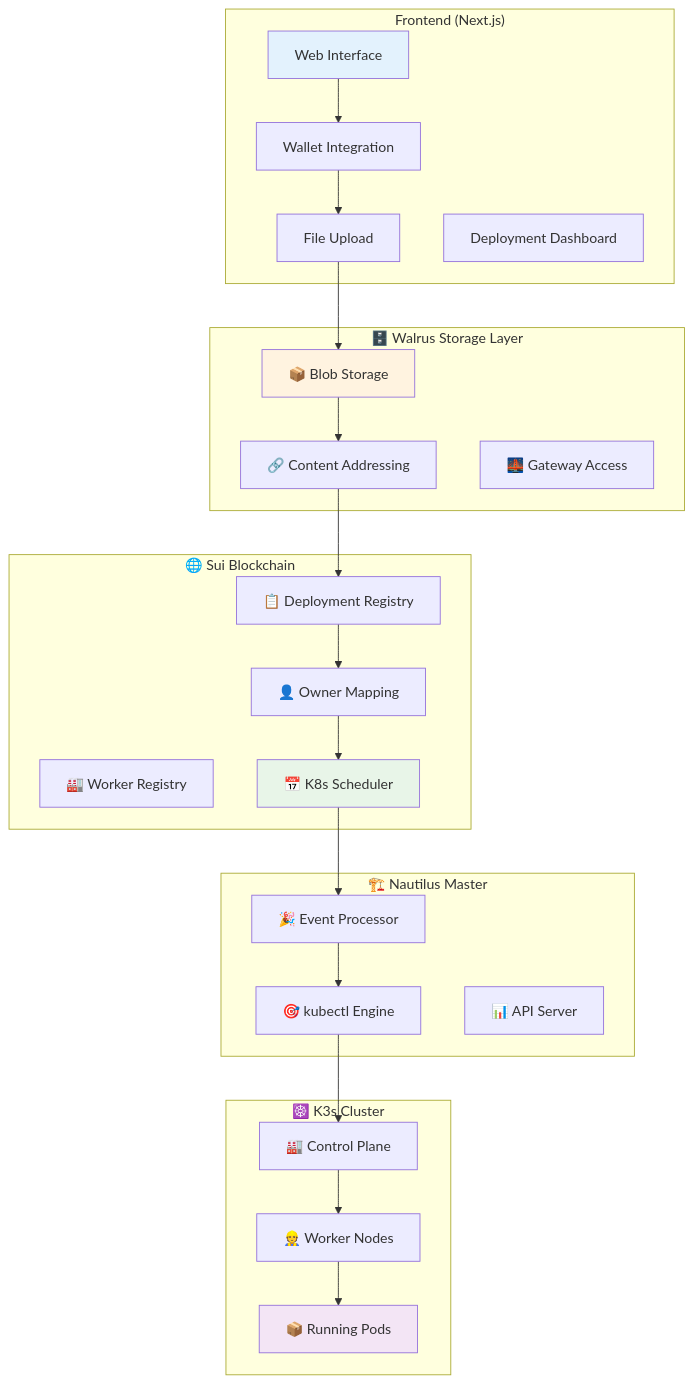
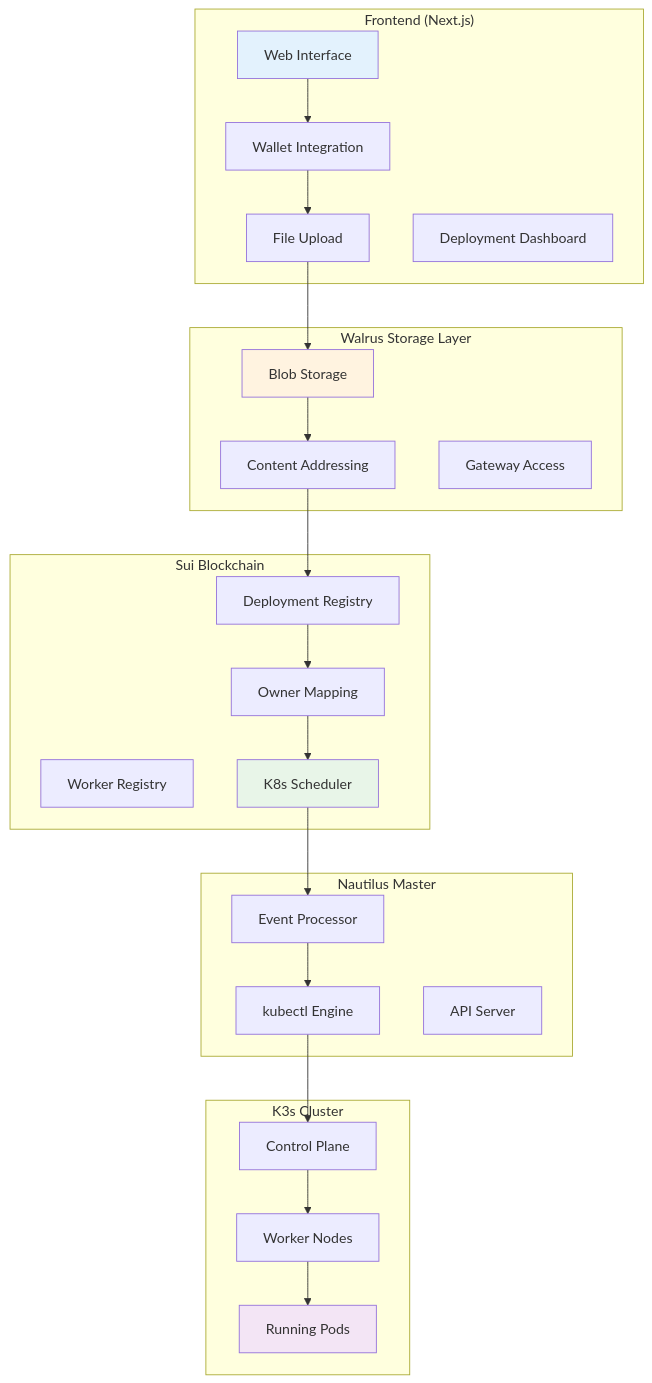
Before and after one commit to DAAS-Vader/.github: the first of 4 diagrams in profile/readme.md, drawn with Mermaid.

````diff
--- a/profile/readme.md
+++ b/profile/readme.md
@@ -30,52 +30,51 @@
 ```mermaid
 graph TB
     subgraph "Frontend (Next.js)"
         UI1[Web Interface]
         UI2[Wallet Integration]
         UI3[File Upload]
         UI4[Deployment Dashboard]
     end
 
-    subgraph "🗄️ Walrus Storage Layer"
-        WS1[📦 Blob Storage]
-        WS2[🔗 Content Addressing]
-        WS3[🌉 Gateway Access]
+    subgraph "Walrus Storage Layer"
+        WS1[Blob Storage]
+        WS2[Content Addressing]
+        WS3[Gateway Access]
     end
 
-    subgraph "🌐 Sui Blockchain"
-        SC1[📋 Deployment Registry]
-        SC2[👤 Owner Mapping]
-        SC3[🏭 Worker Registry]
-        SC4[📅 K8s Scheduler]
+    subgraph "Sui Blockchain"
+        SC1[Deployment Registry]
+        SC2[Owner Mapping]
+        SC3[Worker Registry]
+        SC4[K8s Scheduler]
+    end
+    subgraph "Nautilus Master"
+        NM1[Event Processor]
+        NM2[kubectl Engine]
+        NM3[API Server]
     end
 
-    subgraph "🏗️ Nautilus Master"
-        NM1[🎉 Event Processor]
-        NM2[🎯 kubectl Engine]
-        NM3[📊 API Server]
-    end
-
-    subgraph "☸️ K3s Cluster"
-        K1[🏭 Control Plane]
-        K2[👷 Worker Nodes]
-        K3[📦 Running Pods]
+    subgraph "K3s Cluster"
+        K1[Control Plane]
+        K2[Worker Nodes]
+        K3[Running Pods]
     end
 
     UI1 --> UI2
     UI2 --> UI3
     UI3 --> WS1
     WS1 --> WS2
     WS2 --> SC1
     SC1 --> SC2
     SC2 --> SC4
     SC4 --> NM1
     NM1 --> NM2
     NM2 --> K1
     K1 --> K2
     K2 --> K3
 
     style UI1 fill:#e3f2fd
     style WS1 fill:#fff3e0
     style SC4 fill:#e8f5e8
     style K3 fill:#f3e5f5
 ```
````
